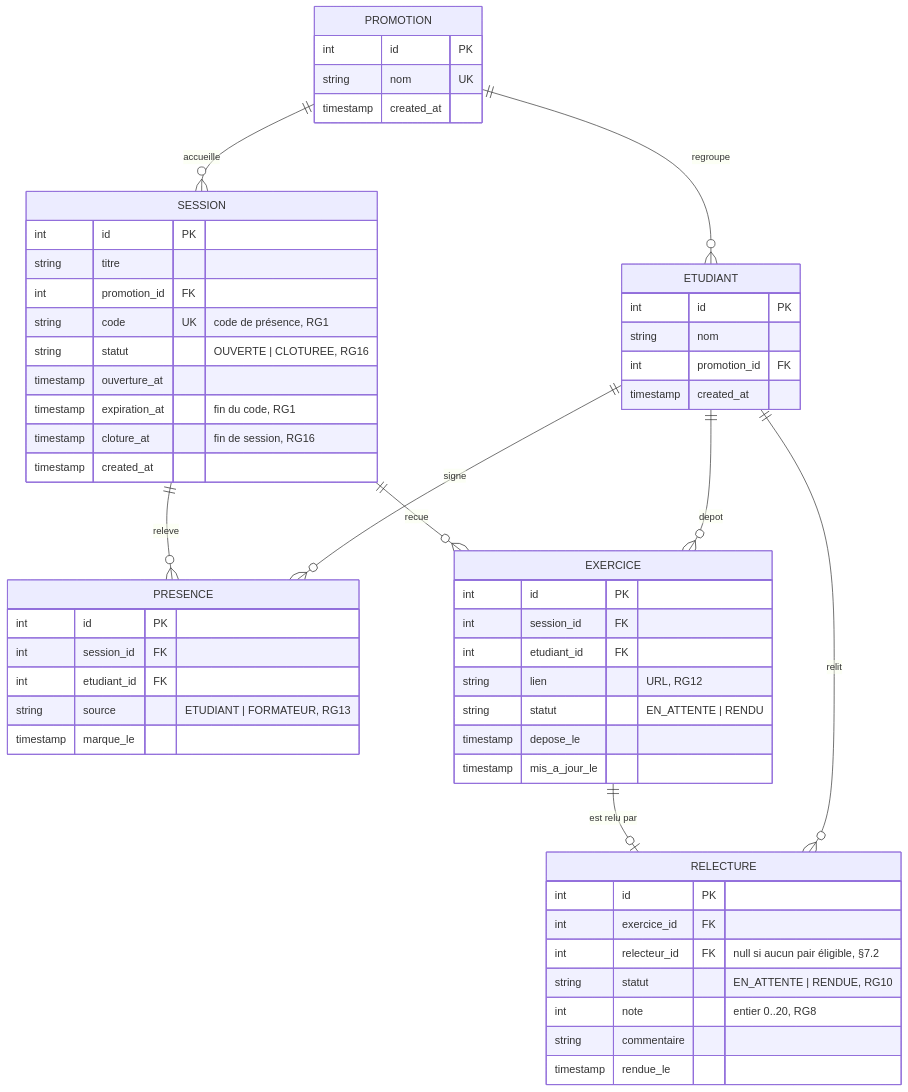
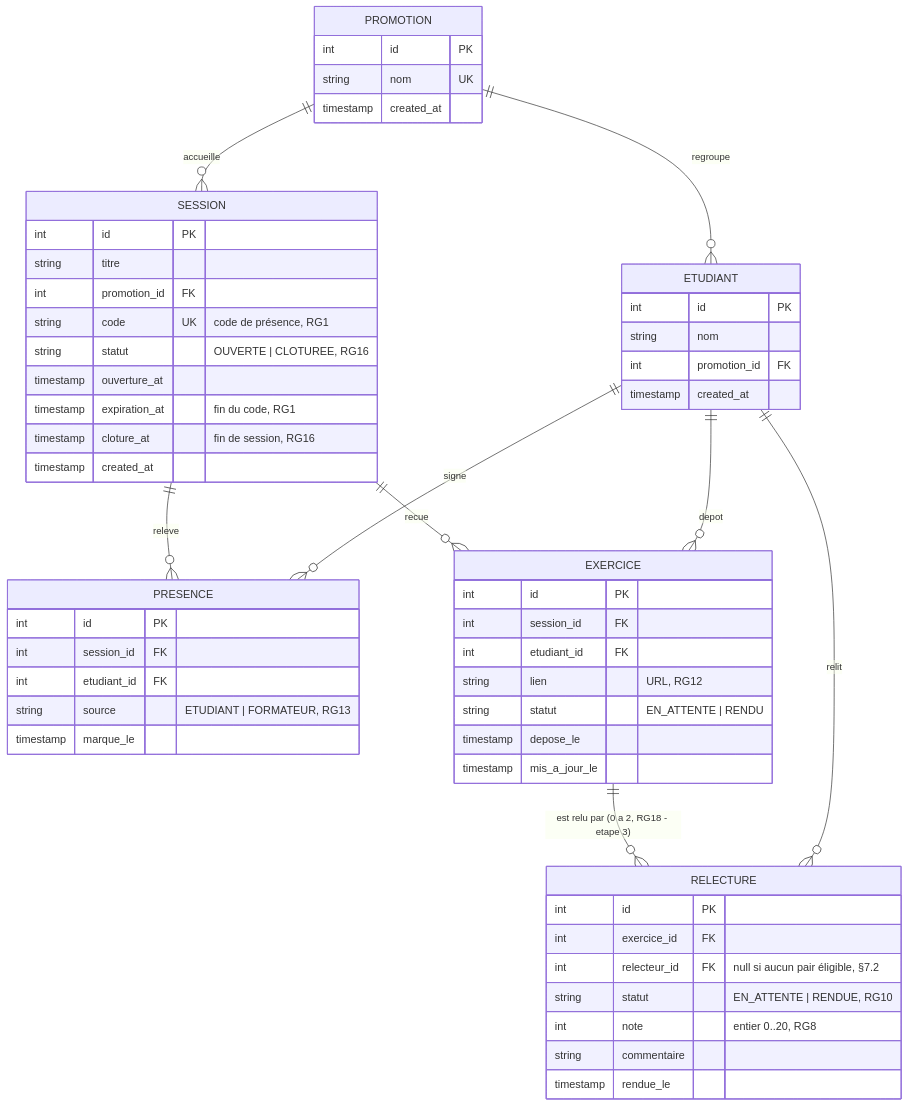
One commit to Brahimi-Talla01/kfokam48-epreuve-257 changed the diagram in docs/diagrammes/D2-modele-de-donnees.md. Above: the diagram before and after it, drawn with Mermaid. The commit also changed other lines of this file and 2 other files, not shown here.

Commit message:
Analyse mise a jour suite au changement de besoin (deux relecteurs) — consequence de l'issue #33 (RG5 -> RG18/RG19)

````diff
--- a/docs/diagrammes/D2-modele-de-donnees.md
+++ b/docs/diagrammes/D2-modele-de-donnees.md
@@ -6,64 +6,64 @@
 ```mermaid
 erDiagram
     PROMOTION ||--o{ ETUDIANT : "regroupe"
     PROMOTION ||--o{ SESSION : "accueille"
     SESSION ||--o{ PRESENCE : "releve"
     SESSION ||--o{ EXERCICE : "recue"
     ETUDIANT ||--o{ PRESENCE : "signe"
     ETUDIANT ||--o{ EXERCICE : "depot"
-    EXERCICE ||--o| RELECTURE : "est relu par"
+    EXERCICE ||--o{ RELECTURE : "est relu par (0 a 2, RG18 - etape 3)"
     ETUDIANT ||--o{ RELECTURE : "relit"
 
     PROMOTION {
         int id PK
         string nom UK
         timestamp created_at
     }
 
     ETUDIANT {
         int id PK
         string nom
         int promotion_id FK
         timestamp created_at
     }
 
     SESSION {
         int id PK
         string titre
         int promotion_id FK
         string code UK "code de présence, RG1"
         string statut "OUVERTE | CLOTUREE, RG16"
         timestamp ouverture_at
         timestamp expiration_at "fin du code, RG1"
         timestamp cloture_at "fin de session, RG16"
         timestamp created_at
     }
 
     PRESENCE {
         int id PK
         int session_id FK
         int etudiant_id FK
         string source "ETUDIANT | FORMATEUR, RG13"
         timestamp marque_le
     }
 
     EXERCICE {
         int id PK
         int session_id FK
         int etudiant_id FK
         string lien "URL, RG12"
         string statut "EN_ATTENTE | RENDU"
         timestamp depose_le
         timestamp mis_a_jour_le
     }
 
     RELECTURE {
         int id PK
         int exercice_id FK
         int relecteur_id FK "null si aucun pair éligible, §7.2"
         string statut "EN_ATTENTE | RENDUE, RG10"
         int note "entier 0..20, RG8"
         string commentaire
         timestamp rendue_le
     }
 ```
````
